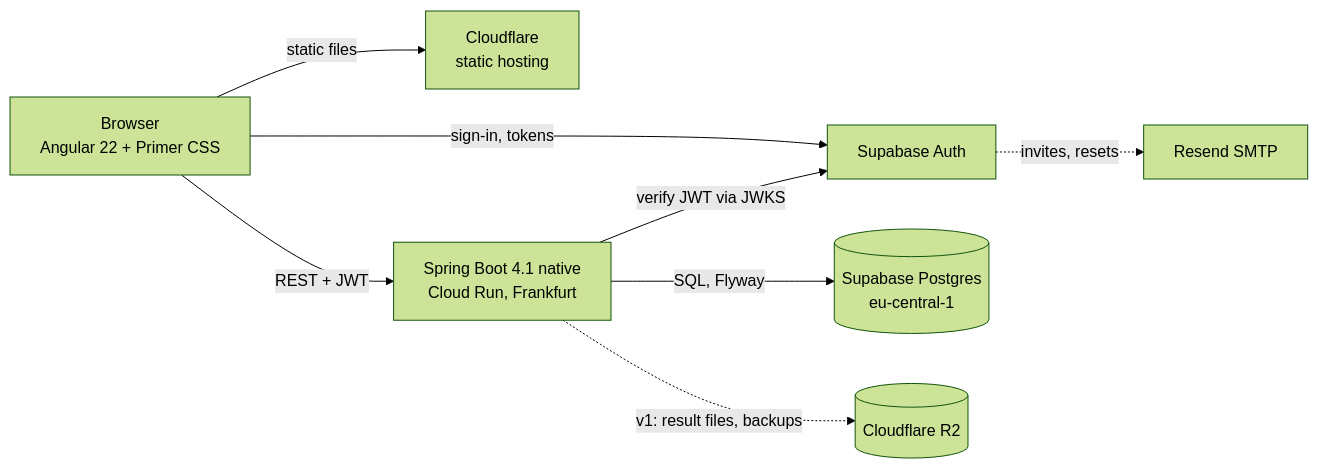
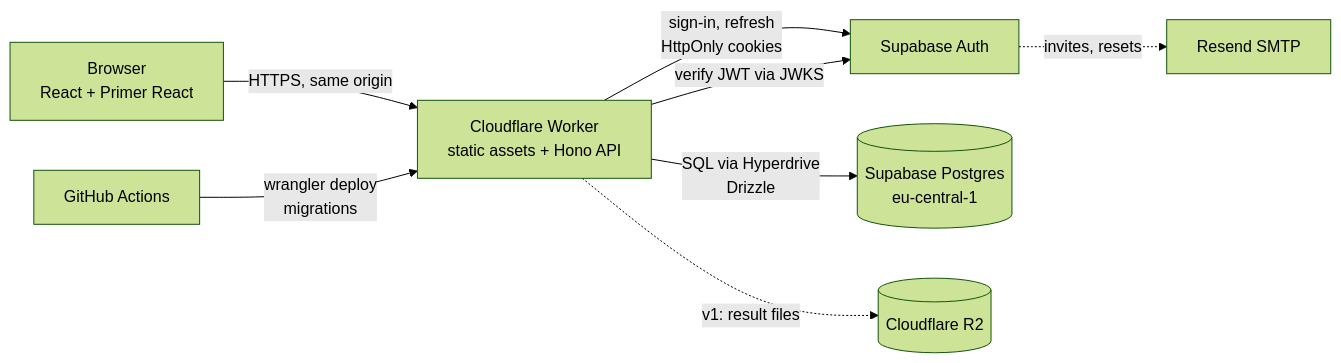
Before and after one commit to olexiy/prompt-hub: the diagram in docs/research/architecture.md, drawn with Mermaid (forest theme). The commit also changed other lines of this file, not shown here.

Commit message:
Architecture revision 2: TypeScript on Cloudflare Workers, monorepo, CI/CD, supply-chain security

````diff
--- a/docs/research/architecture.md
+++ b/docs/research/architecture.md
@@ -50,10 +56,10 @@
 ```mermaid
 flowchart LR
-  U[Browser<br/>Angular 22 + Primer CSS] -->|static files| CF[Cloudflare<br/>static hosting]
-  U -->|sign-in, tokens| SA[Supabase Auth]
-  U -->|REST + JWT| API[Spring Boot 4.1 native<br/>Cloud Run, Frankfurt]
-  API -->|verify JWT via JWKS| SA
-  API -->|SQL, Flyway| DB[(Supabase Postgres<br/>eu-central-1)]
-  API -.->|v1: result files, backups| R2[(Cloudflare R2)]
+  U[Browser<br/>React + Primer React] -->|HTTPS, same origin| W[Cloudflare Worker<br/>static assets + Hono API]
+  W -->|sign-in, refresh<br/>HttpOnly cookies| SA[Supabase Auth]
+  W -->|verify JWT via JWKS| SA
+  W -->|SQL via Hyperdrive<br/>Drizzle| DB[(Supabase Postgres<br/>eu-central-1)]
+  W -.->|v1: result files| R2[(Cloudflare R2)]
   SA -.->|invites, resets| MAIL[Resend SMTP]
+  GH[GitHub Actions] -->|wrangler deploy<br/>migrations| W
 ```
````
